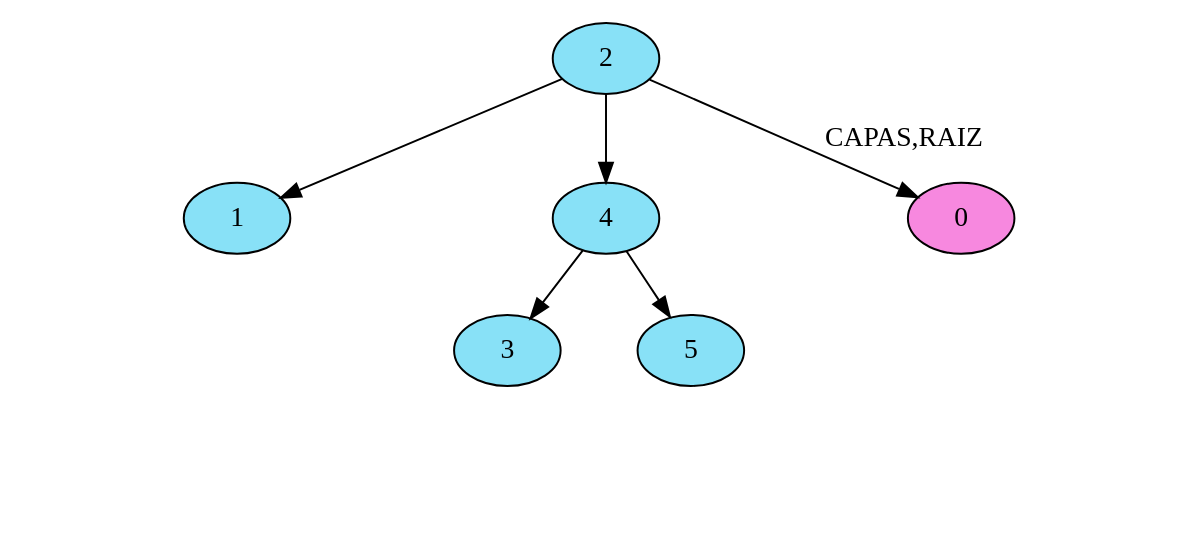
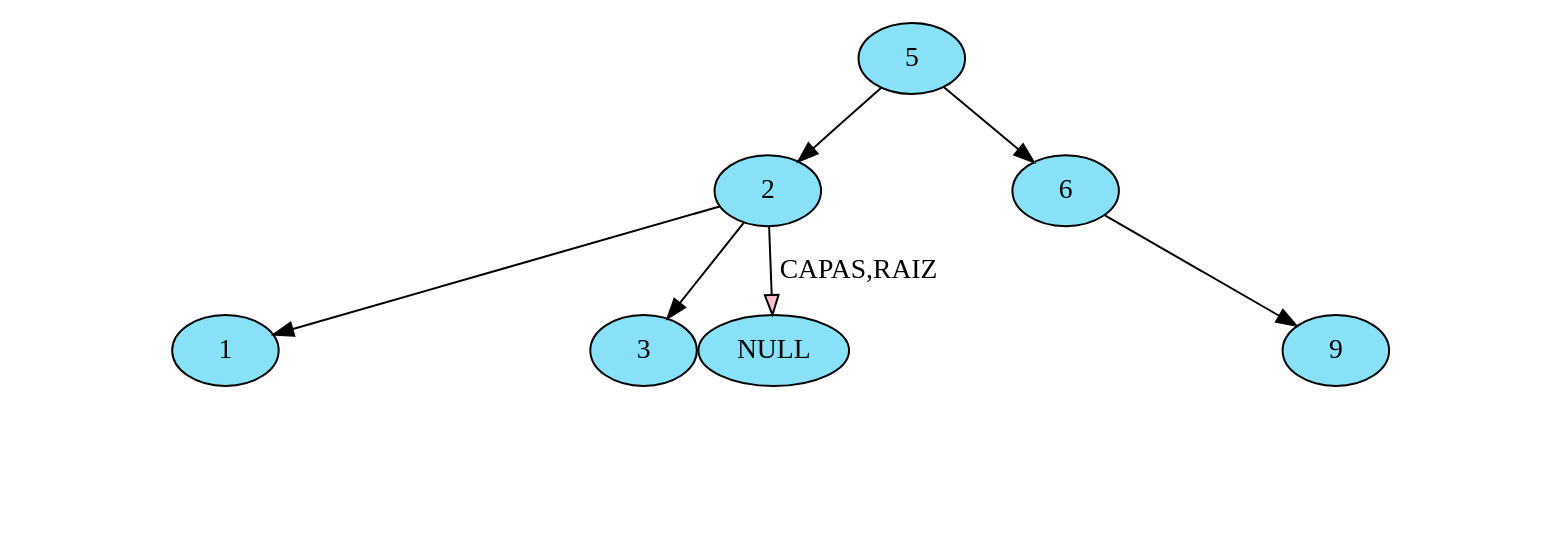
The diagram in FASE 2/Grafico/3_ArbolImagenesYCapa_2.dot (Serch-ING/EDD_UDRAWING_202000119), drawn with Graphviz before and after one commit. The commit also changed 45 other files, not shown here.

```diff
--- a/FASE 2/Grafico/3_ArbolImagenesYCapa_2.dot
+++ b/FASE 2/Grafico/3_ArbolImagenesYCapa_2.dot
@@ -1,47 +1,36 @@
 digraph G {
 nodesep=0; 
 ranksep=0.4;
 node[style = filled fillcolor="#88E1F7"];
+	NodoAVL5[ label="5"  ];
+	NodoAVL2[ label="2"];
+NodoAVL5->NodoAVL2
 	NodoAVL2[ label="2"  ];
 	NodoAVL1[ label="1"];
 NodoAVL2->NodoAVL1
 	NodoAVL1[ label="1"  ];
-Invisible2143701784[style=invis];
-NodoAVL1-> Invisible2143701784[arrowsize=0 style= invisible] 
-Invisible2143701784[style=invis];
-NodoAVL1-> Invisible2143701784[arrowsize=0 style= invisible] 
-	NodoAVL4[ label="4" ];
-NodoAVL2->NodoAVL4
-	NodoAVL4[ label="4"  ];
-	NodoAVL3[ label="3"];
-NodoAVL4->NodoAVL3
+Invisible305844976[style=invis];
+NodoAVL1-> Invisible305844976[arrowsize=0 style= invisible] 
+Invisible305844976[style=invis];
+NodoAVL1-> Invisible305844976[arrowsize=0 style= invisible] 
+	NodoAVL3[ label="3" ];
+NodoAVL2->NodoAVL3
 	NodoAVL3[ label="3"  ];
-Invisible544806883[style=invis];
-NodoAVL3-> Invisible544806883[arrowsize=0 style= invisible] 
-Invisible544806883[style=invis];
-NodoAVL3-> Invisible544806883[arrowsize=0 style= invisible] 
-	NodoAVL5[ label="5" ];
-NodoAVL4->NodoAVL5
-	NodoAVL5[ label="5"  ];
-Invisible438722032[style=invis];
-NodoAVL5-> Invisible438722032[arrowsize=0 style= invisible] 
-Invisible438722032[style=invis];
-NodoAVL5-> Invisible438722032[arrowsize=0 style= invisible] 
-
-
-node[style = filled fillcolor="#F788DF"];
-	NodoABB0[ label="0"  ];
-Invisible1615300731[style=invis];
-NodoABB0-> Invisible1615300731[arrowsize=0 style= invisible] 
-Invisible1615300731[style=invis];
-NodoABB0-> Invisible1615300731[arrowsize=0 style= invisible] 
-
-
-node[style = filled fillcolor="#F788DF"];
-	NodoABB0[ label="0"  ];
-Invisible1615300731[style=invis];
-NodoABB0-> Invisible1615300731[arrowsize=0 style= invisible] 
-Invisible1615300731[style=invis];
-NodoABB0-> Invisible1615300731[arrowsize=0 style= invisible] 
-NodoAVL2->NodoABB0[label="CAPAS,RAIZ"]
+Invisible1836963488[style=invis];
+NodoAVL3-> Invisible1836963488[arrowsize=0 style= invisible] 
+Invisible1836963488[style=invis];
+NodoAVL3-> Invisible1836963488[arrowsize=0 style= invisible] 
+	NodoAVL6[ label="6" ];
+NodoAVL5->NodoAVL6
+	NodoAVL6[ label="6"  ];
+Invisible2061789502[style=invis];
+NodoAVL6-> Invisible2061789502[arrowsize=0 style= invisible] 
+	NodoAVL9[ label="9" ];
+NodoAVL6->NodoAVL9
+	NodoAVL9[ label="9"  ];
+Invisible695815193[style=invis];
+NodoAVL9-> Invisible695815193[arrowsize=0 style= invisible] 
+Invisible695815193[style=invis];
+NodoAVL9-> Invisible695815193[arrowsize=0 style= invisible] 
+NodoAVL2->NULL[label="CAPAS,RAIZ" fillcolor="pink"]
 }
```
